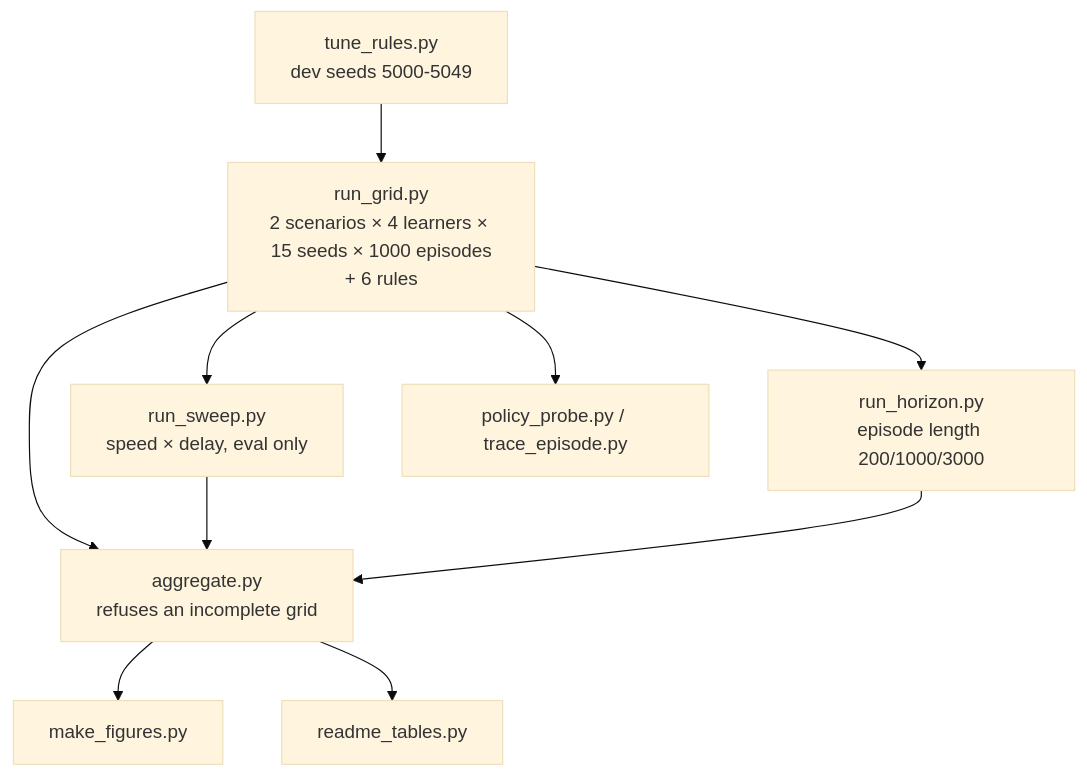
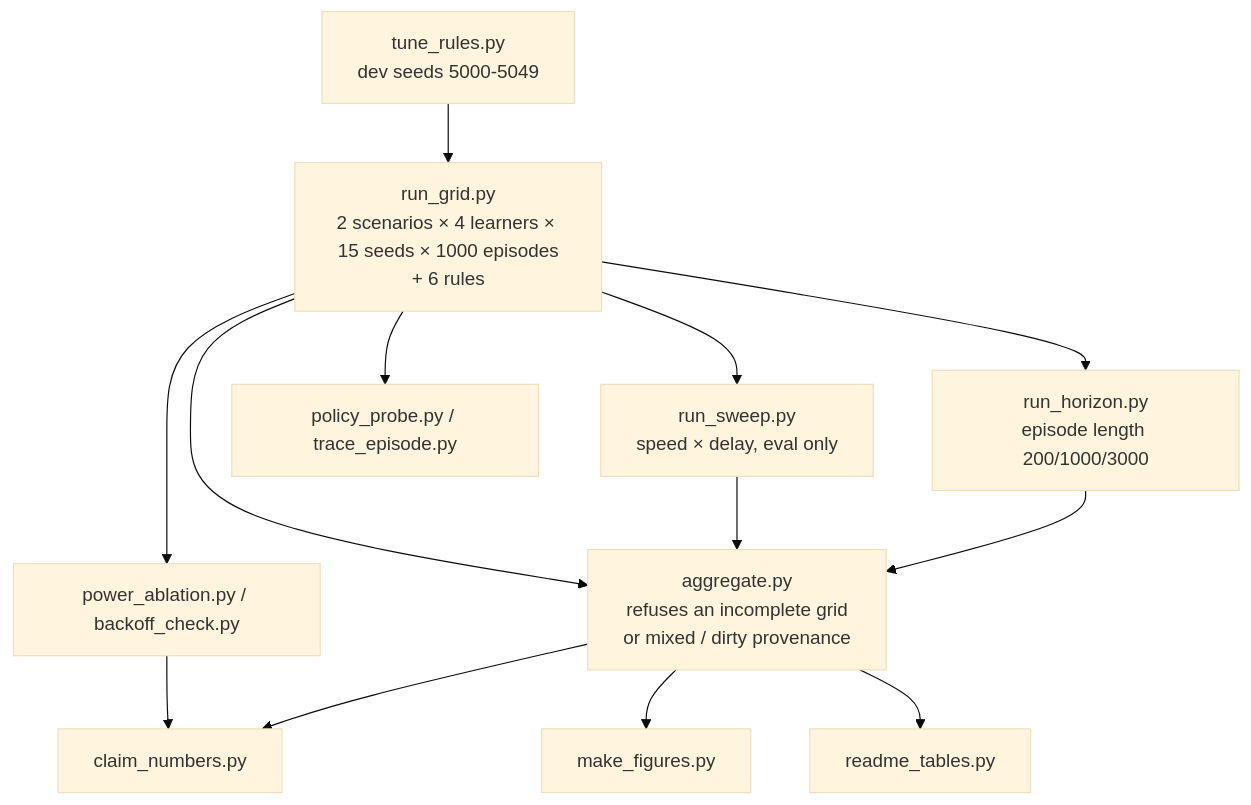
One commit to arman-dogru/ai-ran-link-adaptation-marl-sandbox changed the third of 3 diagrams in README.md. Above: the diagram before and after it, drawn with Mermaid (base theme). The commit also changed other lines of this file and 3 other files, not shown here.

````diff
--- a/README.md
+++ b/README.md
@@ -105,9 +110,11 @@
 ```mermaid
 flowchart TB
   T["tune_rules.py<br/>dev seeds 5000-5049"] --> G["run_grid.py<br/>2 scenarios × 4 learners × 15 seeds × 1000 episodes<br/>+ 6 rules"]
   G --> SW["run_sweep.py<br/>speed × delay, eval only"]
   G --> H["run_horizon.py<br/>episode length 200/1000/3000"]
   G --> PR["policy_probe.py / trace_episode.py"]
-  G & SW & H --> AG["aggregate.py<br/>refuses an incomplete grid"]
+  G & SW & H --> AG["aggregate.py<br/>refuses an incomplete grid<br/>or mixed / dirty provenance"]
+  G --> PA["power_ablation.py / backoff_check.py"]
+  PA & AG --> CN["claim_numbers.py"]
   AG --> FIG["make_figures.py"] & TAB["readme_tables.py"]
 ```
````
